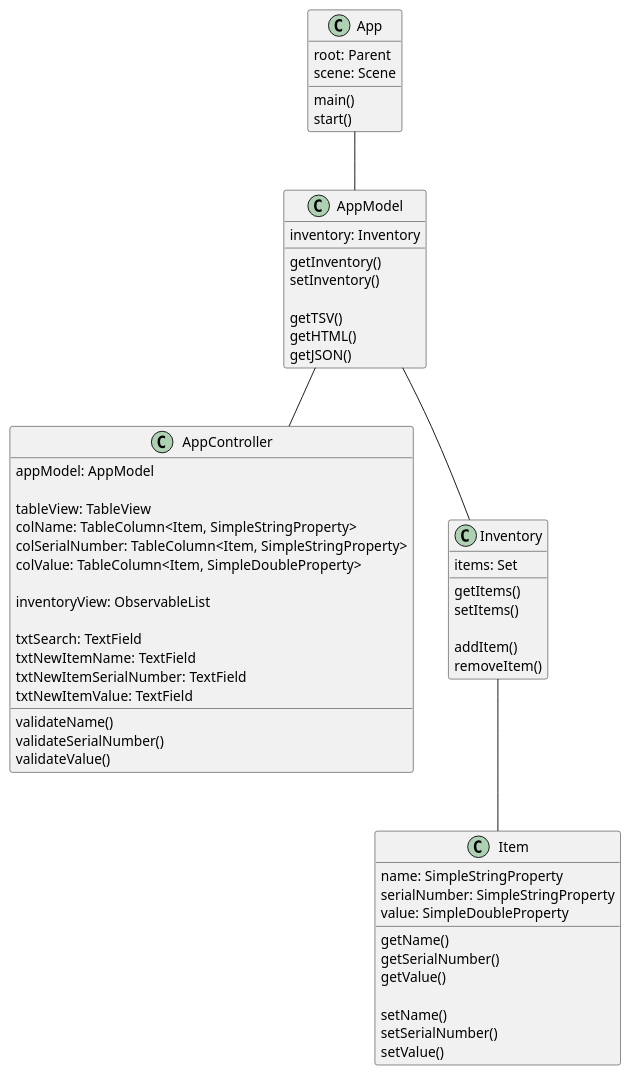
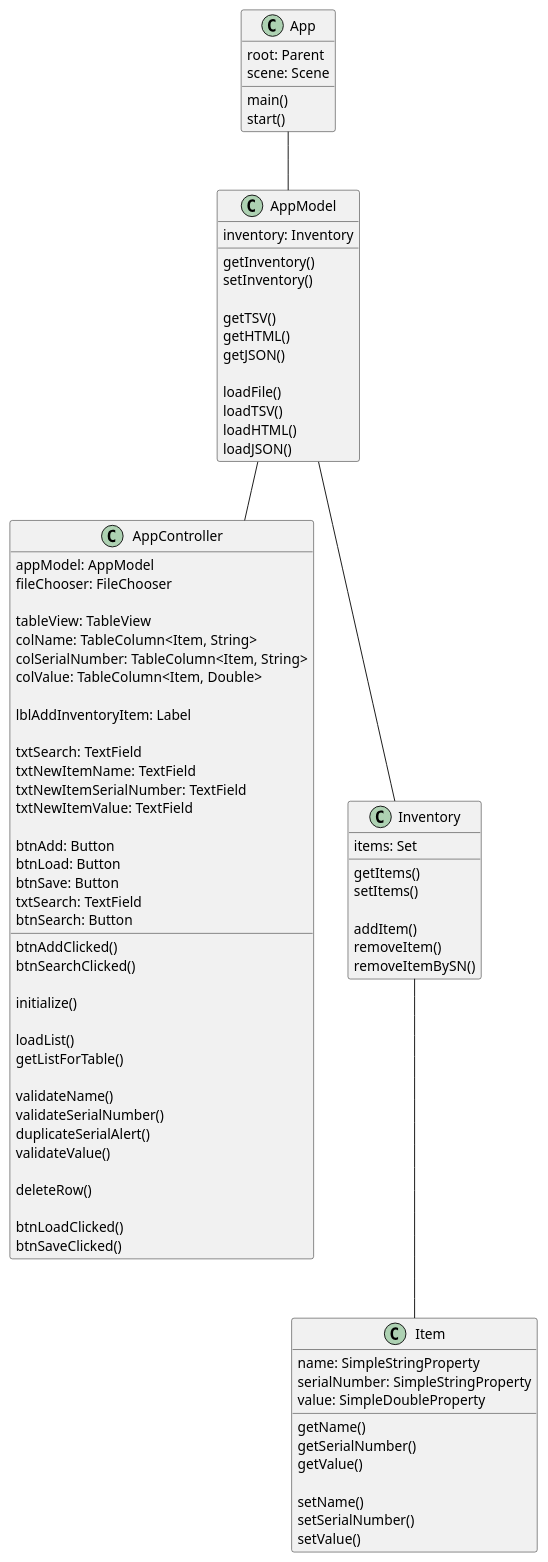
The diagram in uml/app.puml (imRielly/donnell-9711-a5), drawn with PlantUML before and after one commit. The commit also changed 8 other files, not shown here.

Commit message:
Late Sunday Save Functionality Load Functionality Error Dialog for Duplicate SN Tests Updated UML

```diff
--- a/uml/app.puml
+++ b/uml/app.puml
@@ -4,73 +4,100 @@
 @startuml
 'https://plantuml.com/class-diagram
 
 App -- AppModel
 AppModel -- AppController
 AppModel -- Inventory
 Inventory -- Item
 
 class App {
     root: Parent
     scene: Scene
 
     main()
     start()
 }
 
 class AppController {
     appModel: AppModel
+    fileChooser: FileChooser
 
     tableView: TableView
-    colName: TableColumn<Item, SimpleStringProperty>
-    colSerialNumber: TableColumn<Item, SimpleStringProperty>
-    colValue: TableColumn<Item, SimpleDoubleProperty>
+    colName: TableColumn<Item, String>
+    colSerialNumber: TableColumn<Item, String>
+    colValue: TableColumn<Item, Double>
 
-    inventoryView: ObservableList
+    lblAddInventoryItem: Label
 
     txtSearch: TextField
     txtNewItemName: TextField
     txtNewItemSerialNumber: TextField
     txtNewItemValue: TextField
 
+    btnAdd: Button
+    btnLoad: Button
+    btnSave: Button
+    txtSearch: TextField
+    btnSearch: Button
+
+    btnAddClicked()
+    btnSearchClicked()
+
+    initialize()
+
+    loadList()
+    getListForTable()
+
     validateName()
     validateSerialNumber()
+    duplicateSerialAlert()
     validateValue()
+
+    deleteRow()
+
+    btnLoadClicked()
+    btnSaveClicked()
 
 }
 
 class AppModel {
     inventory: Inventory
 
     getInventory()
     setInventory()
 
     getTSV()
     getHTML()
     getJSON()
+
+    loadFile()
+    loadTSV()
+    loadHTML()
+    loadJSON()
 }
 
 class Inventory {
     items: Set
 
     getItems()
     setItems()
 
     addItem()
     removeItem()
+    removeItemBySN()
 }
 
 class Item {
     name: SimpleStringProperty
     serialNumber: SimpleStringProperty
     value: SimpleDoubleProperty
 
     getName()
     getSerialNumber()
     getValue()
 
     setName()
     setSerialNumber()
     setValue()
 }
 
 @enduml
```
